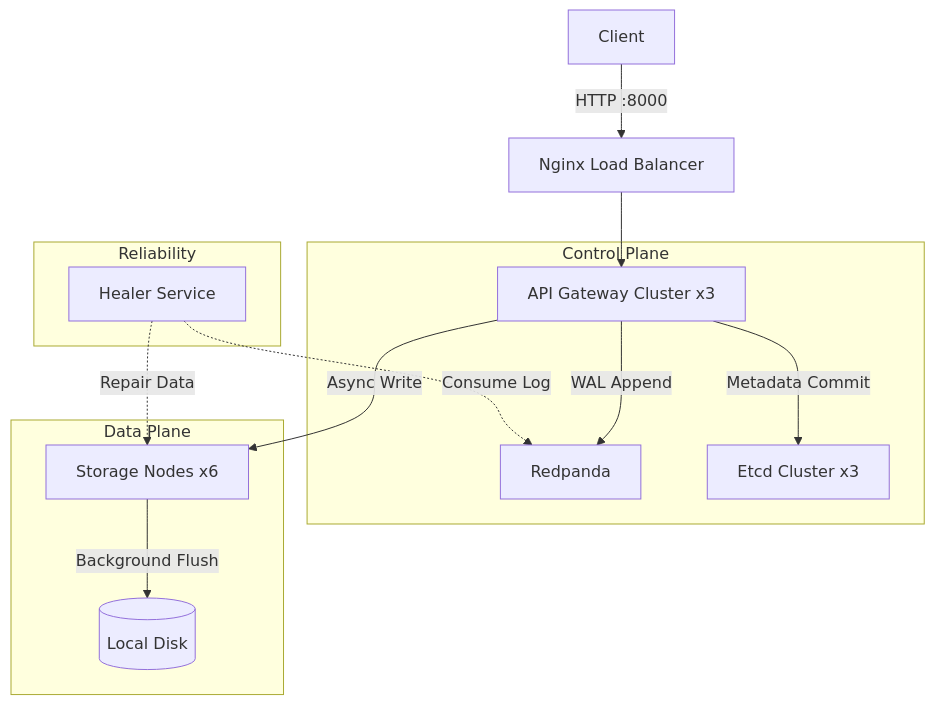
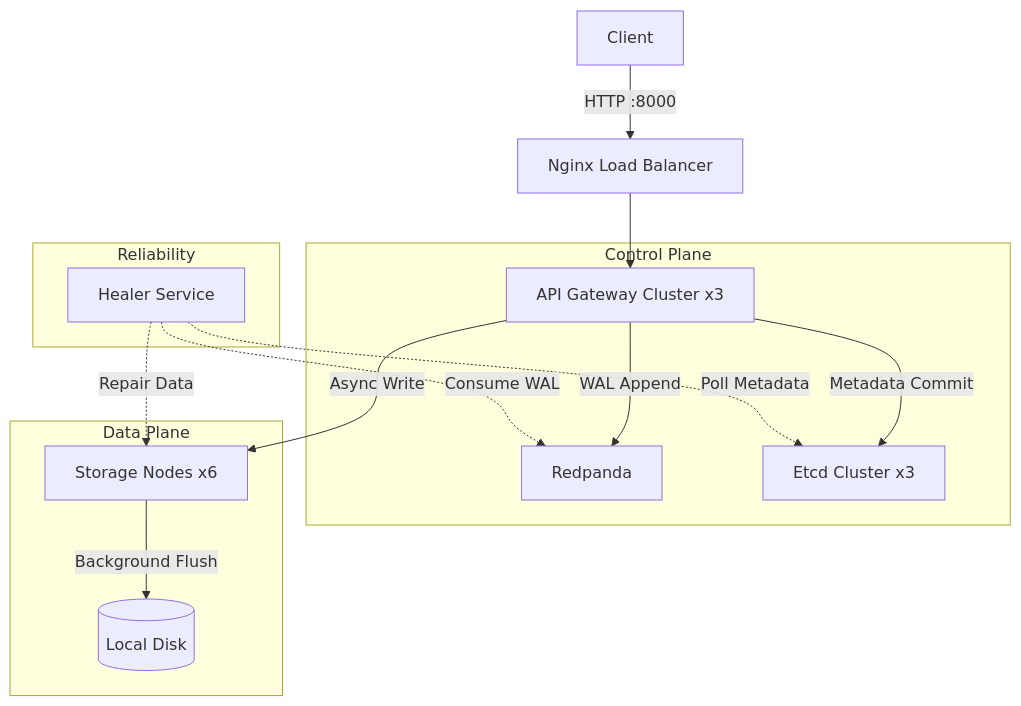
The diagram in Readme.md (F64116045/Replication_ErasureCoding_Object_Store), drawn with Mermaid before and after one commit. The commit also changed other lines of this file, not shown here.

````diff
--- a/Readme.md
+++ b/Readme.md
@@ -36,20 +34,21 @@
 ```mermaid
 graph TD
     User[Client] -->|HTTP :8000| LB[Nginx Load Balancer]
     LB --> API[API Gateway Cluster x3]
 
     subgraph Control Plane
         API -->|WAL Append | RP[Redpanda]
         API -->|Metadata Commit | Etcd[Etcd Cluster x3]
     end
 
     subgraph Data Plane
         API -->|Async Write| SN[Storage Nodes x6]
         SN -->|Background Flush| Disk[(Local Disk)]
     end
 
     subgraph Reliability
-        Healer[Healer Service] -.->|Consume Log| RP
+        Healer[Healer Service] -.->|Consume WAL| RP
+        Healer[Healer Service] -.->|Poll Metadata| Etcd
         Healer -.->|Repair Data| SN
     end
 ```
````
